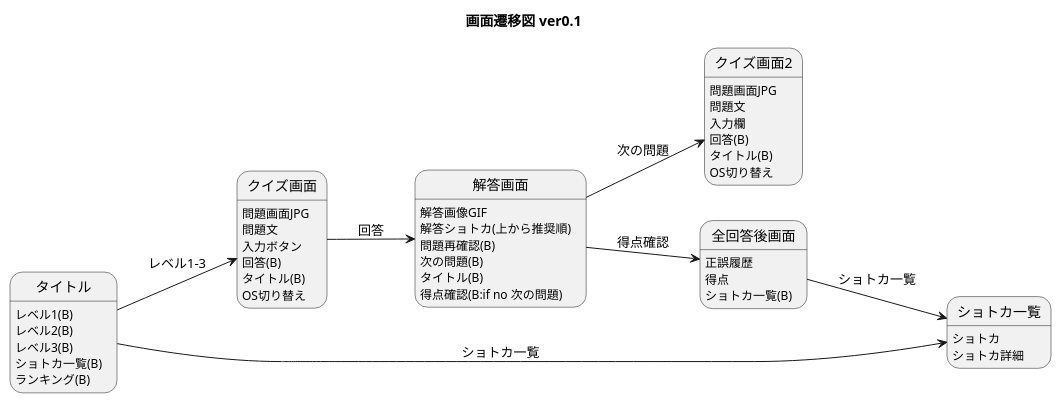
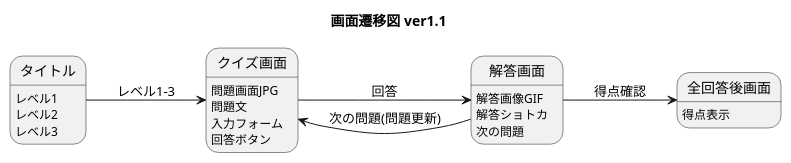
The diagram in APPRENTICE_Quests/Team_Product/gamenseni.pu (Taku1103/APPRENTICE_Quests_private), drawn with PlantUML before and after one commit. The commit also changed 66 other files, not shown here.

```diff
--- a/APPRENTICE_Quests/Team_Product/gamenseni.pu
+++ b/APPRENTICE_Quests/Team_Product/gamenseni.pu
@@ -1,54 +1,40 @@
 @startuml 画面遷移図
 
 
 
 left to right direction
-title 画面遷移図 ver0.1
+title 画面遷移図 ver1.1
 
 state タイトル
 
-タイトル : レベル1(B)
-タイトル : レベル2(B)
-タイトル : レベル3(B)
-タイトル : ショトカ一覧(B)
-タイトル : ランキング(B)
+タイトル : レベル1
+タイトル : レベル2
+タイトル : レベル3
 
 クイズ画面 : 問題画面JPG
 クイズ画面 : 問題文
-クイズ画面 : 入力ボタン
-クイズ画面 : 回答(B)
-クイズ画面 : タイトル(B)
-クイズ画面 : OS切り替え
+クイズ画面 : 入力フォーム
+クイズ画面 : 回答ボタン
 
-クイズ画面2 : 問題画面JPG
-クイズ画面2 : 問題文
-クイズ画面2 : 入力欄
-クイズ画面2 : 回答(B)
-クイズ画面2 : タイトル(B)
-クイズ画面2 : OS切り替え
+' クイズ画面2 : 問題画面JPG
+' クイズ画面2 : 問題文
+' クイズ画面2 : 入力欄
+' クイズ画面2 : 回答(B)
+' クイズ画面2 : タイトル(B)
+' クイズ画面2 : OS切り替え
 
 
 解答画面 : 解答画像GIF
-解答画面 : 解答ショトカ(上から推奨順)
-解答画面 : 問題再確認(B)
-解答画面 : 次の問題(B)
-解答画面 : タイトル(B)
-解答画面 : 得点確認(B:if no 次の問題)
+解答画面 : 解答ショトカ
+解答画面 : 次の問題
 
-全回答後画面 : 正誤履歴
-全回答後画面 : 得点
-全回答後画面 : ショトカ一覧(B)
+全回答後画面 : 得点表示
 
 
 
 
-ショトカ一覧 : ショトカ
-ショトカ一覧 : ショトカ詳細
-
 タイトル --> クイズ画面 : レベル1-3
-タイトル --> ショトカ一覧 : ショトカ一覧
 クイズ画面 --> 解答画面 : 回答
-解答画面 --> クイズ画面2 : 次の問題
+解答画面 --> クイズ画面 : 次の問題(問題更新)
 解答画面 --> 全回答後画面 : 得点確認
-全回答後画面 --> ショトカ一覧 : ショトカ一覧
 @enduml
```
